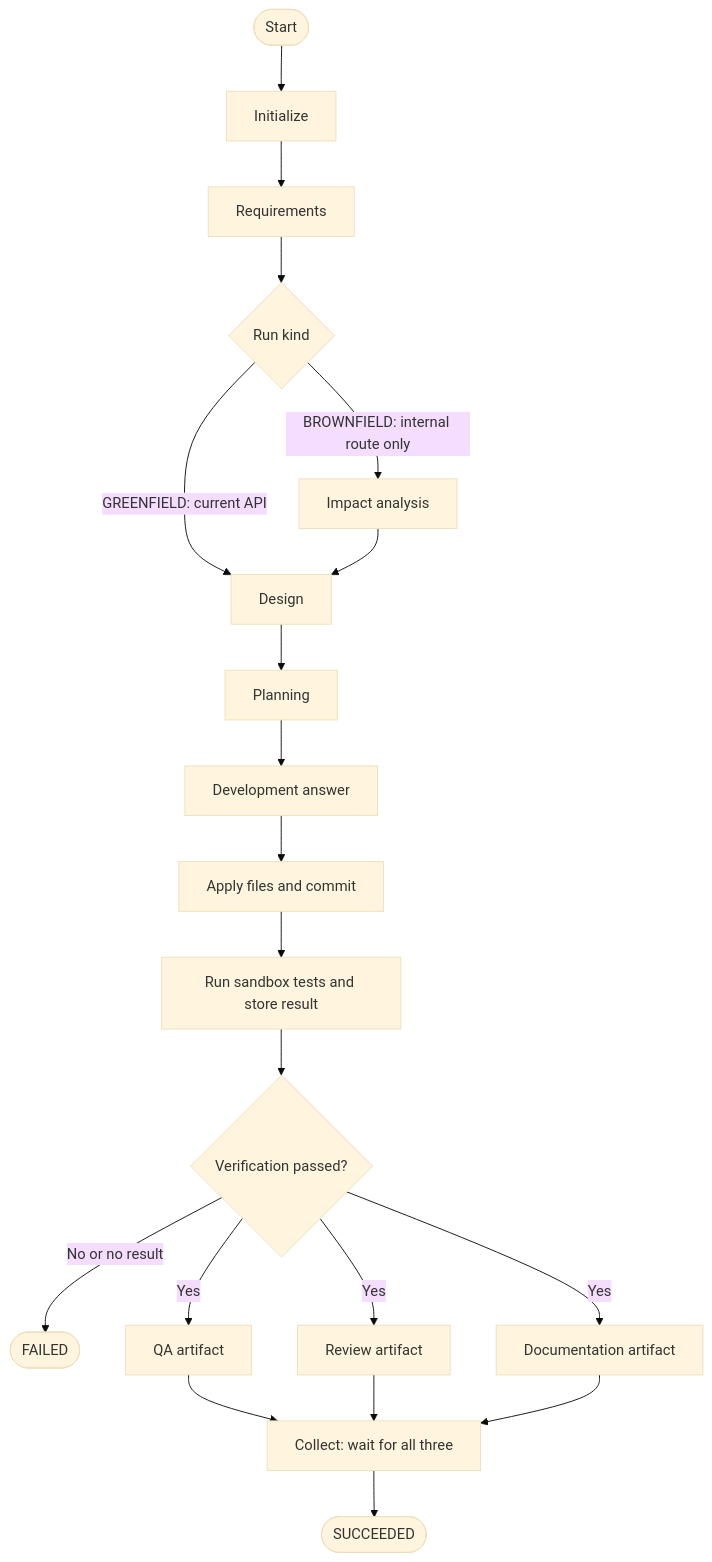
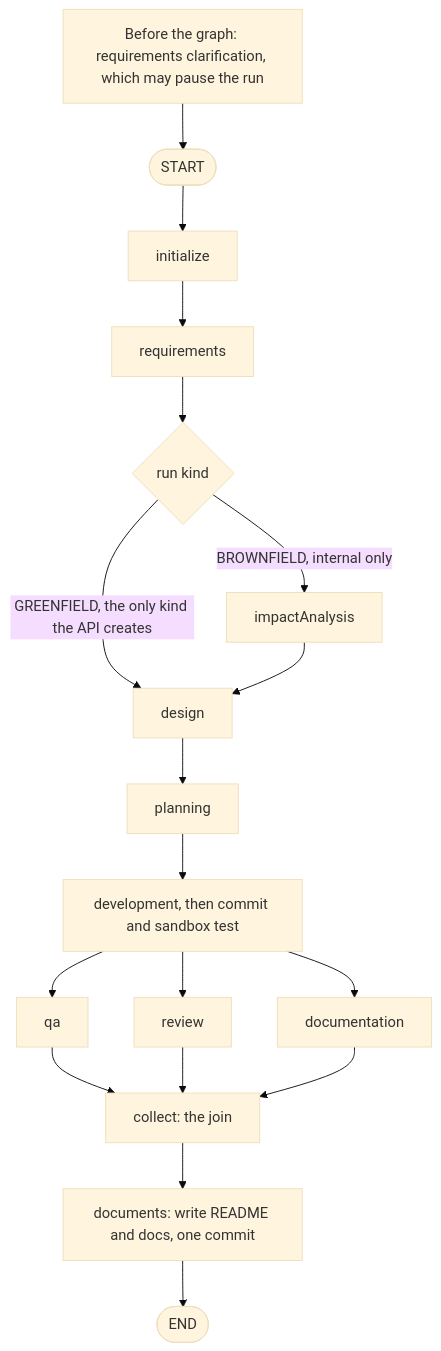
Before and after one commit to bereket1144/ai-sdlc-url-shortner: the second of 4 diagrams in docs/platform/architecture.md, drawn with Mermaid (base theme). The commit also changed other lines of this file and 12 other files, not shown here.

Commit message:
docs: add decision records 0004 to 0009, refresh the architecture overview, record the QA and review findings and correct stale text (steps 109, 110) [main agent]

````diff
--- a/docs/platform/architecture.md
+++ b/docs/platform/architecture.md
@@ -38,22 +88,20 @@
 ```mermaid
 flowchart TD
-    Start([Start]) --> Init[Initialize]
-    Init --> Req[Requirements]
-    Req --> Kind{Run kind}
-    Kind -->|GREENFIELD: current API| Design[Design]
-    Kind -->|BROWNFIELD: internal route only| Impact[Impact analysis]
+    Pre["Before the graph: requirements clarification, which may pause the run"] --> Entry(["START"])
+    Entry --> Init["initialize"]
+    Init --> Req["requirements"]
+    Req --> Kind{"run kind"}
+    Kind -->|"GREENFIELD, the only kind the API creates"| Design["design"]
+    Kind -->|"BROWNFIELD, internal only"| Impact["impactAnalysis"]
     Impact --> Design
-    Design --> Plan[Planning]
-    Plan --> Dev[Development answer]
-    Dev --> Apply[Apply files and commit]
-    Apply --> Test[Run sandbox tests and store result]
-    Test --> Pass{Verification passed?}
-    Pass -->|No or no result| Failed([FAILED])
-    Pass -->|Yes| QA[QA artifact]
-    Pass -->|Yes| Review[Review artifact]
-    Pass -->|Yes| Docs[Documentation artifact]
-    QA --> Collect[Collect: wait for all three]
+    Design --> Plan["planning"]
+    Plan --> Dev["development, then commit and sandbox test"]
+    Dev --> QA["qa"]
+    Dev --> Review["review"]
+    Dev --> Doc["documentation"]
+    QA --> Collect["collect: the join"]
     Review --> Collect
-    Docs --> Collect
-    Collect --> Success([SUCCEEDED])
+    Doc --> Collect
+    Collect --> Docs["documents: write README and docs, one commit"]
+    Docs --> Done(["END"])
 ```
````
